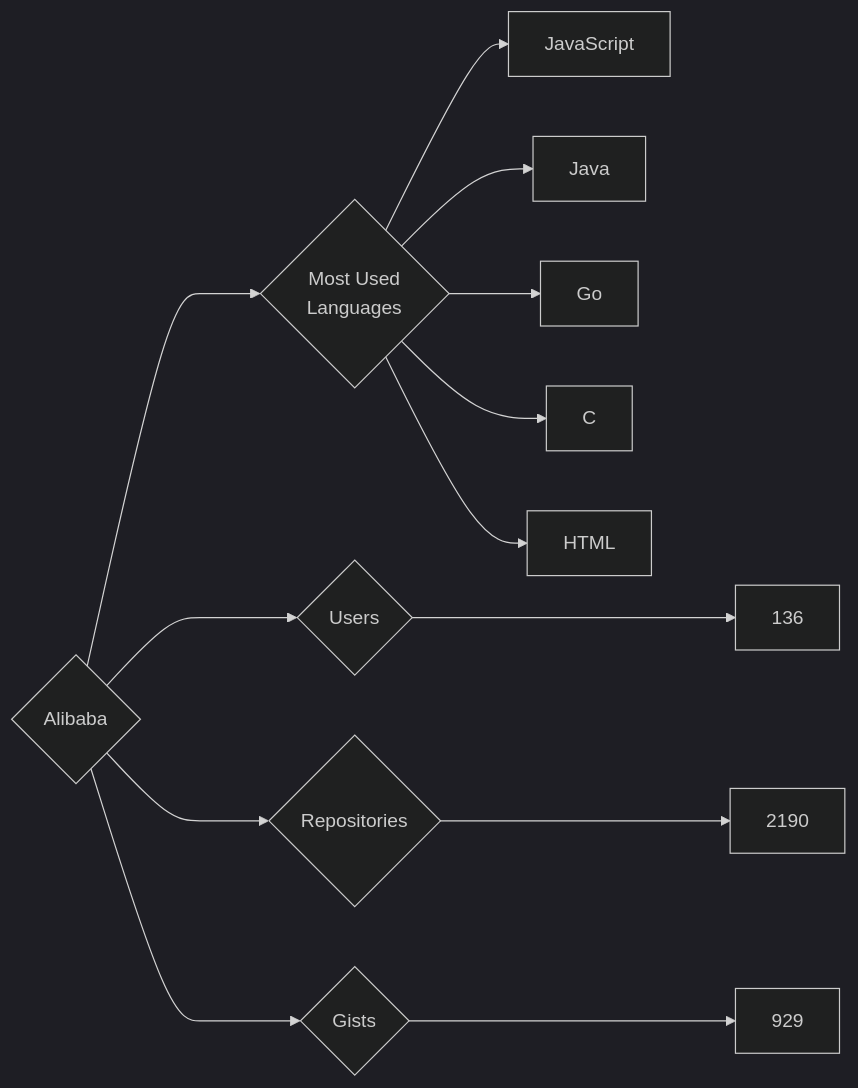
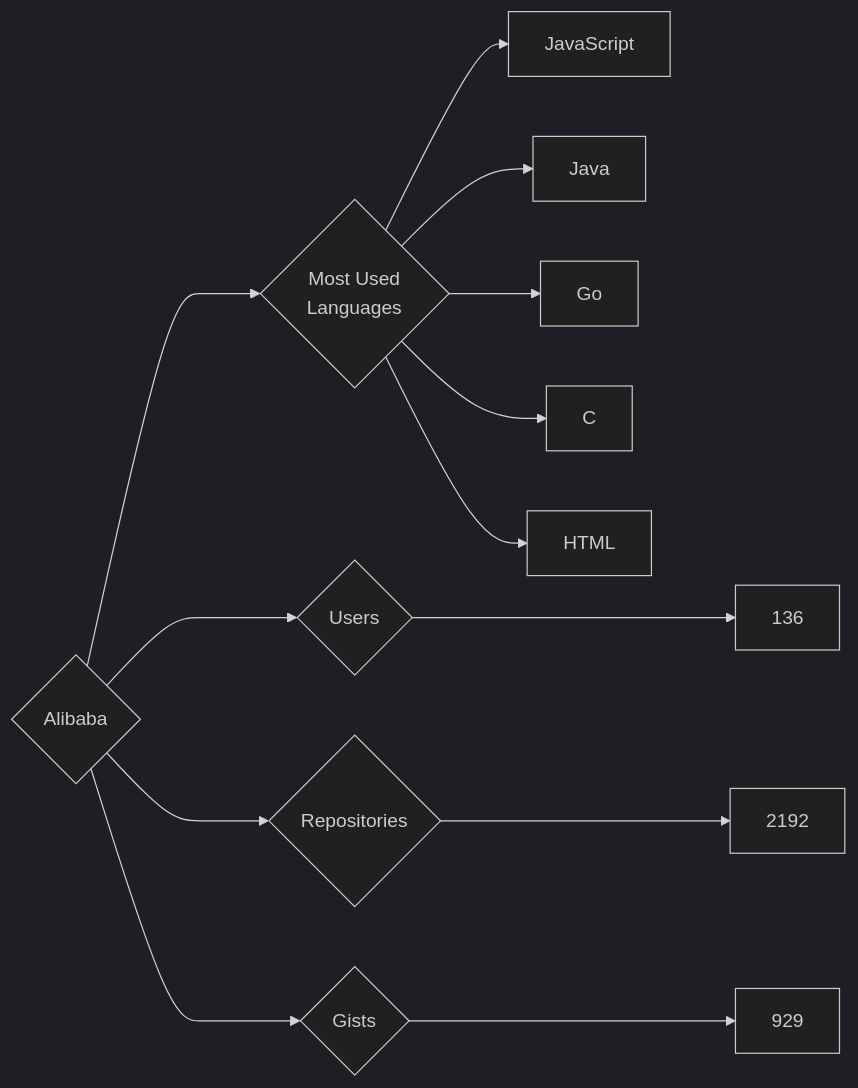
The diagram in targets/Alibaba/README.md (trickest/insiders), drawn with Mermaid (dark theme) before and after one commit. The commit also changed 545 other files, not shown here.

````diff
--- a/targets/Alibaba/README.md
+++ b/targets/Alibaba/README.md
@@ -3,13 +3,13 @@
 ```mermaid
 graph LR
 COMPANY_NAME{Alibaba}
 COMPANY_NAME ---> U{Users} ---> UN[136]
-COMPANY_NAME ---> R{Repositories} ---> RN[2190]
+COMPANY_NAME ---> R{Repositories} ---> RN[2192]
 COMPANY_NAME ---> G{Gists} ---> GN[929]
 COMPANY_NAME ---> ML{Most Used<br>Languages}
 ML --> JavaScript[JavaScript]
 ML --> Java[Java]
 ML --> Go[Go]
 ML --> C[C]
 ML --> HTML[HTML]
 ```
````
